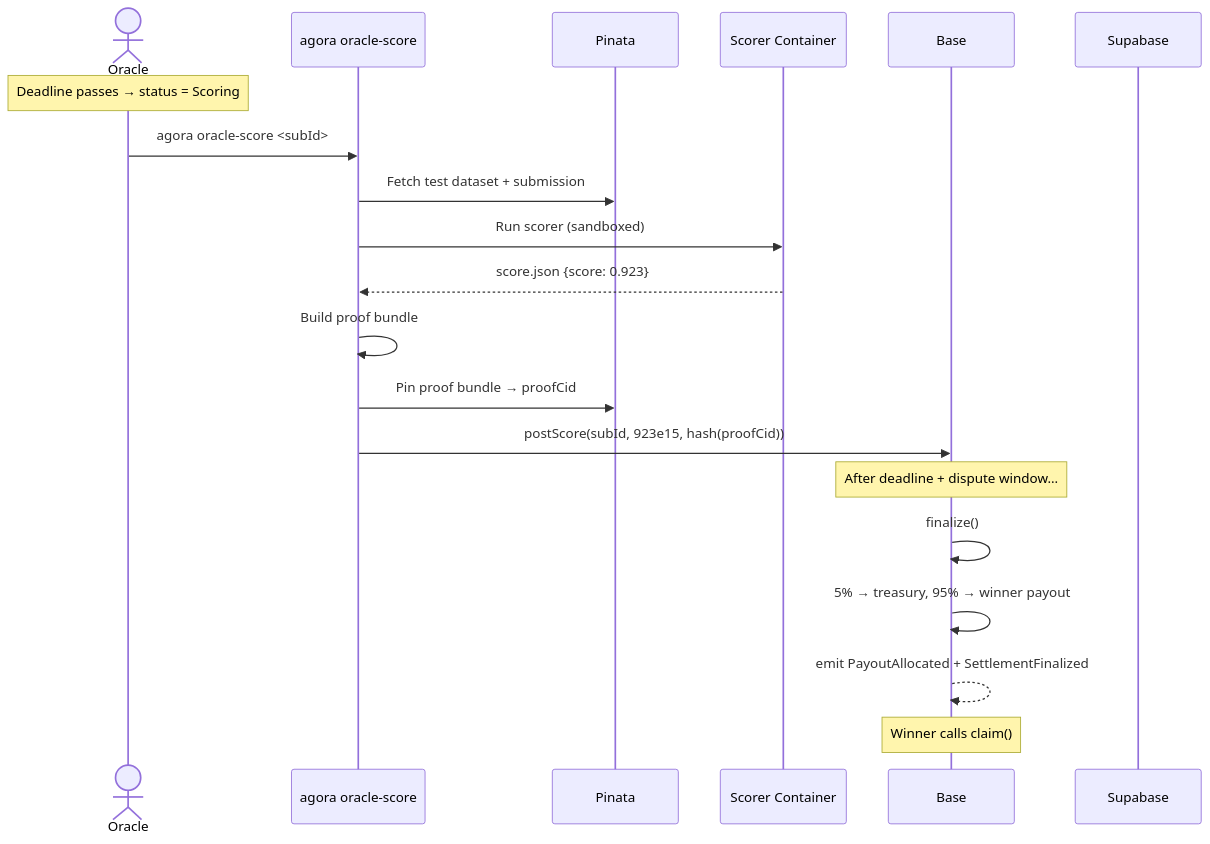
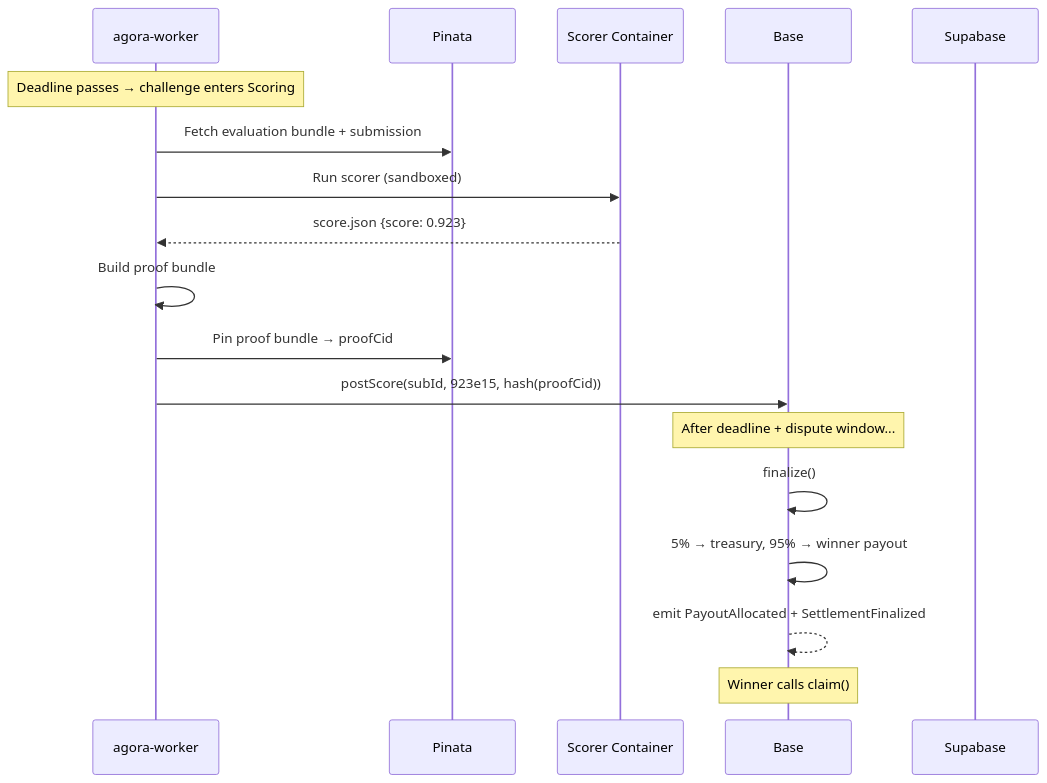
One commit to andymolecule/Hermes changed the eighth of 15 diagrams in docs/architecture.md. Above: the diagram before and after it, drawn with Mermaid. The commit also changed other lines of this file and 17 other files, not shown here.

````diff
--- a/docs/architecture.md
+++ b/docs/architecture.md
@@ -299,27 +324,25 @@
 ```mermaid
 sequenceDiagram
-    actor Oracle
-    participant CLI as agora oracle-score
+    participant Worker as agora-worker
     participant IPFS as Pinata
     participant Docker as Scorer Container
     participant Chain as Base
     participant DB as Supabase
 
-    Note over Oracle: Deadline passes → status = Scoring
+    Note over Worker: Deadline passes → challenge enters Scoring
 
-    Oracle->>CLI: agora oracle-score <subId>
-    CLI->>IPFS: Fetch test dataset + submission
-    CLI->>Docker: Run scorer (sandboxed)
-    Docker-->>CLI: score.json {score: 0.923}
-    CLI->>CLI: Build proof bundle
-    CLI->>IPFS: Pin proof bundle → proofCid
-    CLI->>Chain: postScore(subId, 923e15, hash(proofCid))
+    Worker->>IPFS: Fetch evaluation bundle + submission
+    Worker->>Docker: Run scorer (sandboxed)
+    Docker-->>Worker: score.json {score: 0.923}
+    Worker->>Worker: Build proof bundle
+    Worker->>IPFS: Pin proof bundle → proofCid
+    Worker->>Chain: postScore(subId, 923e15, hash(proofCid))
 
     Note over Chain: After deadline + dispute window...
 
     Chain->>Chain: finalize()
     Chain->>Chain: 5% → treasury, 95% → winner payout
     Chain-->>Chain: emit PayoutAllocated + SettlementFinalized
 
     Note over Chain: Winner calls claim()
 ```
````
